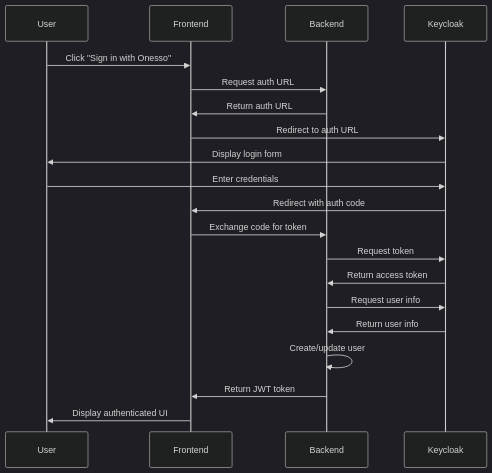
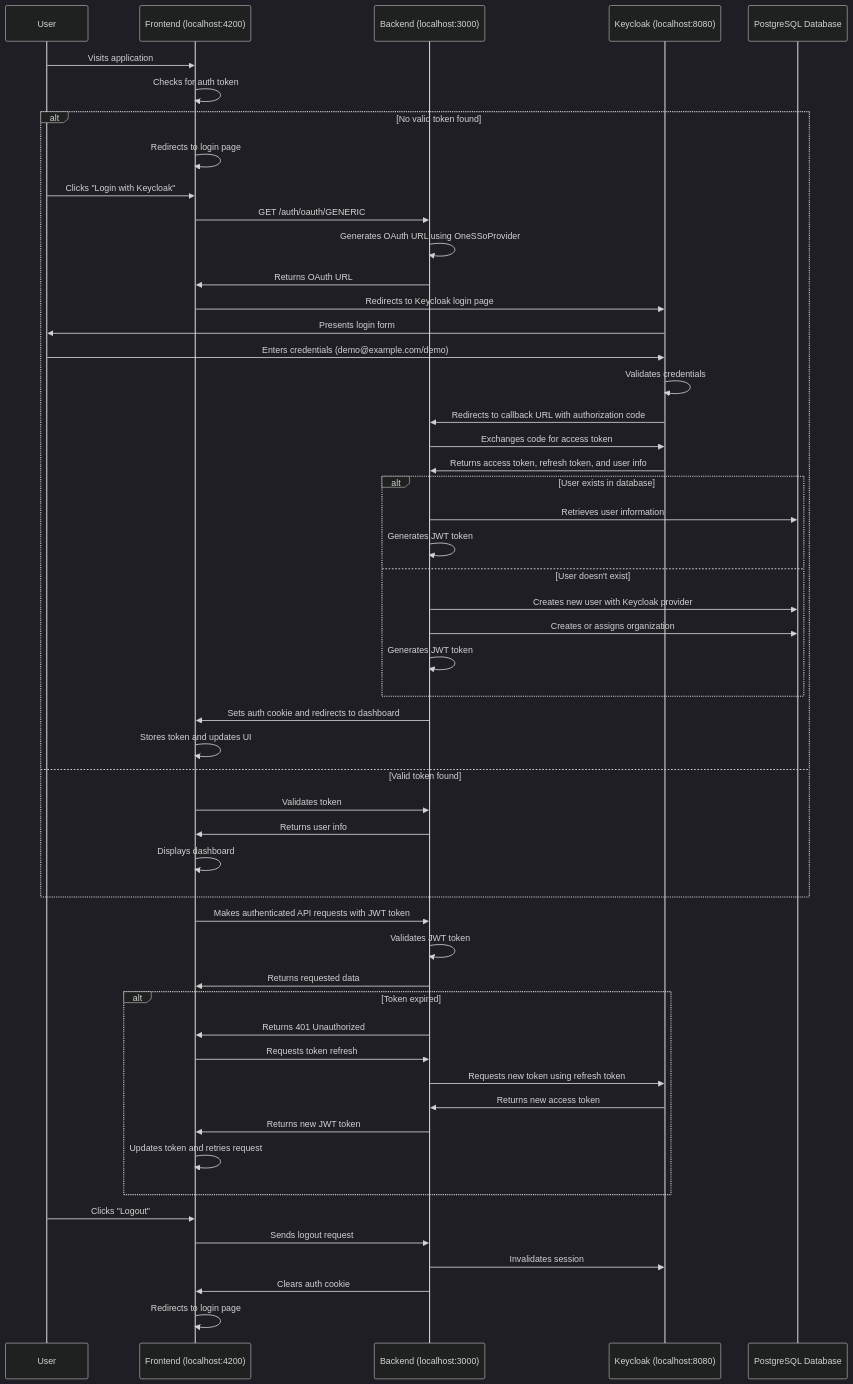
Before and after one commit to rabinderFuturescape/onesocial: the first of 2 diagrams in docs/keycloak-auth-flow.md, drawn with Mermaid (dark theme). The commit also changed other lines of this file and 9 other files, not shown here.

Commit message:
Implement strict Keycloak authentication flow and update documentation

````diff
--- a/docs/keycloak-auth-flow.md
+++ b/docs/keycloak-auth-flow.md
@@ -7,23 +17,61 @@
 ```mermaid
 sequenceDiagram
     participant User
-    participant Frontend
-    participant Backend
-    participant Keycloak
-    
-    User->>Frontend: Click "Sign in with Onesso"
-    Frontend->>Backend: Request auth URL
-    Backend->>Frontend: Return auth URL
-    Frontend->>Keycloak: Redirect to auth URL
-    Keycloak->>User: Display login form
-    User->>Keycloak: Enter credentials
-    Keycloak->>Frontend: Redirect with auth code
-    Frontend->>Backend: Exchange code for token
-    Backend->>Keycloak: Request token
-    Keycloak->>Backend: Return access token
-    Backend->>Keycloak: Request user info
-    Keycloak->>Backend: Return user info
-    Backend->>Backend: Create/update user
-    Backend->>Frontend: Return JWT token
-    Frontend->>User: Display authenticated UI
+    participant Frontend as Frontend (localhost:4200)
+    participant Backend as Backend (localhost:3000)
+    participant Keycloak as Keycloak (localhost:8080)
+    participant Database as PostgreSQL Database
+
+    User->>Frontend: Visits application
+    Frontend->>Frontend: Checks for auth token
+
+    alt No valid token found
+        Frontend->>Frontend: Redirects to login page
+        User->>Frontend: Clicks "Login with Keycloak"
+        Frontend->>Backend: GET /auth/oauth/GENERIC
+        Backend->>Backend: Generates OAuth URL using OneSSoProvider
+        Backend->>Frontend: Returns OAuth URL
+        Frontend->>Keycloak: Redirects to Keycloak login page
+        Keycloak->>User: Presents login form
+        User->>Keycloak: Enters credentials (demo@example.com/demo)
+        Keycloak->>Keycloak: Validates credentials
+        Keycloak->>Backend: Redirects to callback URL with authorization code
+        Backend->>Keycloak: Exchanges code for access token
+        Keycloak->>Backend: Returns access token, refresh token, and user info
+
+        alt User exists in database
+            Backend->>Database: Retrieves user information
+            Backend->>Backend: Generates JWT token
+        else User doesn't exist
+            Backend->>Database: Creates new user with Keycloak provider
+            Backend->>Database: Creates or assigns organization
+            Backend->>Backend: Generates JWT token
+        end
+
+        Backend->>Frontend: Sets auth cookie and redirects to dashboard
+        Frontend->>Frontend: Stores token and updates UI
+    else Valid token found
+        Frontend->>Backend: Validates token
+        Backend->>Frontend: Returns user info
+        Frontend->>Frontend: Displays dashboard
+    end
+
+    Frontend->>Backend: Makes authenticated API requests with JWT token
+    Backend->>Backend: Validates JWT token
+    Backend->>Frontend: Returns requested data
+
+    alt Token expired
+        Backend->>Frontend: Returns 401 Unauthorized
+        Frontend->>Backend: Requests token refresh
+        Backend->>Keycloak: Requests new token using refresh token
+        Keycloak->>Backend: Returns new access token
+        Backend->>Frontend: Returns new JWT token
+        Frontend->>Frontend: Updates token and retries request
+    end
+
+    User->>Frontend: Clicks "Logout"
+    Frontend->>Backend: Sends logout request
+    Backend->>Keycloak: Invalidates session
+    Backend->>Frontend: Clears auth cookie
+    Frontend->>Frontend: Redirects to login page
 ```
````
